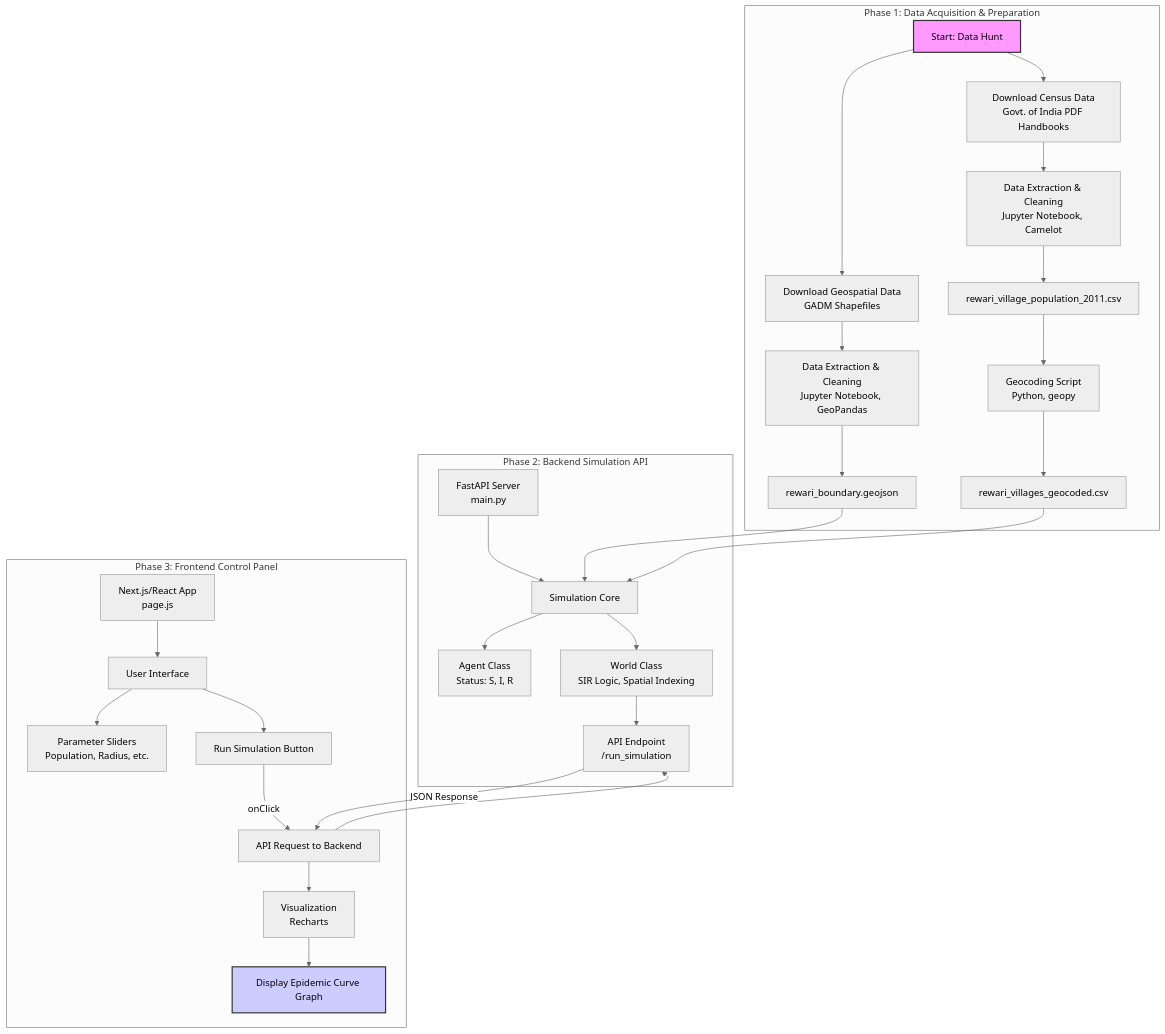
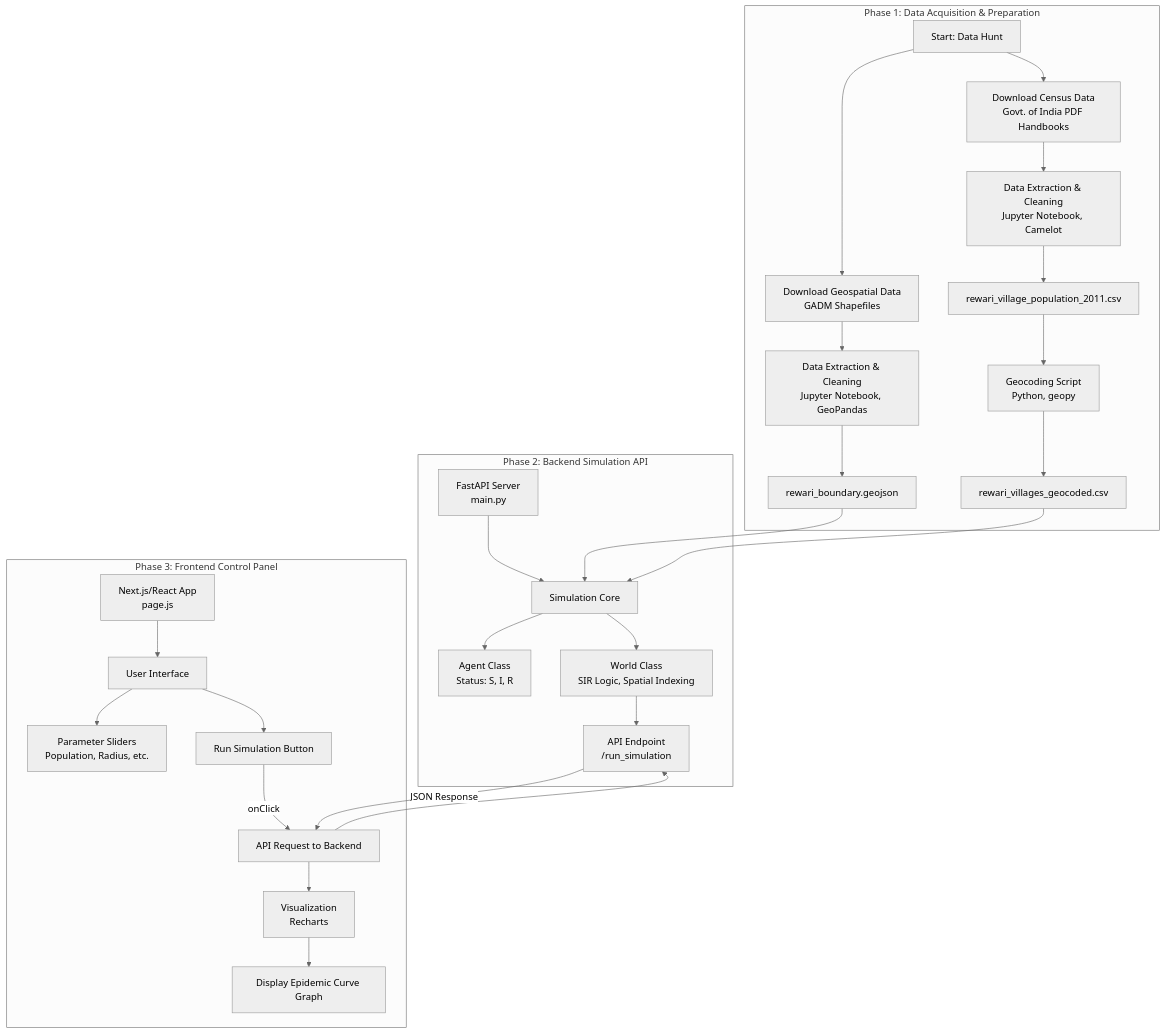
The diagram in README.md (Sheenamittal/Aetheria-H), drawn with Mermaid (neutral theme) before and after one commit. The commit also changed other lines of this file, not shown here.

````diff
--- a/README.md
+++ b/README.md
@@ -13,36 +13,33 @@
 ```mermaid
 graph TD
     subgraph "Phase 1: Data Acquisition & Preparation"
         A[Start: Data Hunt] --> B[Download Geospatial Data<br/>GADM Shapefiles];
         A --> C[Download Census Data<br/>Govt. of India PDF Handbooks];
         B --> D["Data Extraction & Cleaning<br/>Jupyter Notebook, GeoPandas"];
         C --> E["Data Extraction & Cleaning<br/>Jupyter Notebook, Camelot"];
         D --> F[rewari_boundary.geojson];
         E --> G[rewari_village_population_2011.csv];
         G --> H["Geocoding Script<br/>Python, geopy"];
         H --> I[rewari_villages_geocoded.csv];
     end
 
     subgraph "Phase 2: Backend Simulation API"
         J[FastAPI Server<br/>main.py] --> K[Simulation Core];
         F --> K;
         I --> K;
         K --> L["Agent Class<br/>Status: S, I, R"];
         K --> M["World Class<br/>SIR Logic, Spatial Indexing"];
         M --> N[API Endpoint<br/>/run_simulation];
     end
 
     subgraph "Phase 3: Frontend Control Panel"
         O[Next.js/React App<br/>page.js] --> P[User Interface];
         P --> Q["Parameter Sliders<br/>Population, Radius, etc."];
         P --> R[Run Simulation Button];
         R -- onClick --> S[API Request to Backend];
         S --> N;
         N -- JSON Response --> S;
         S --> T["Visualization<br/>Recharts"];
         T --> U[Display Epidemic Curve Graph];
     end
-
-    style A fill:#f9f,stroke:#333,stroke-width:2px
-    style U fill:#ccf,stroke:#333,stroke-width:2px
 ```
````
